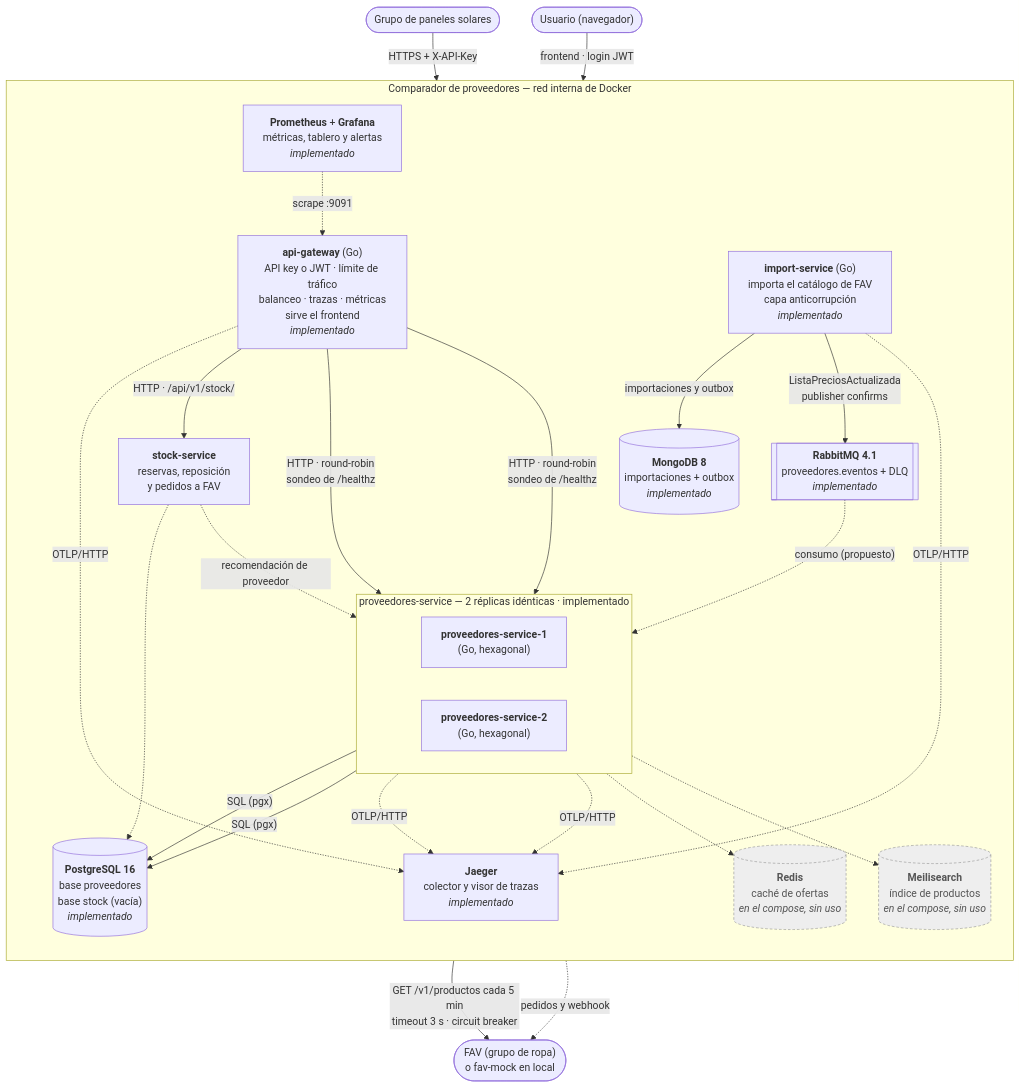
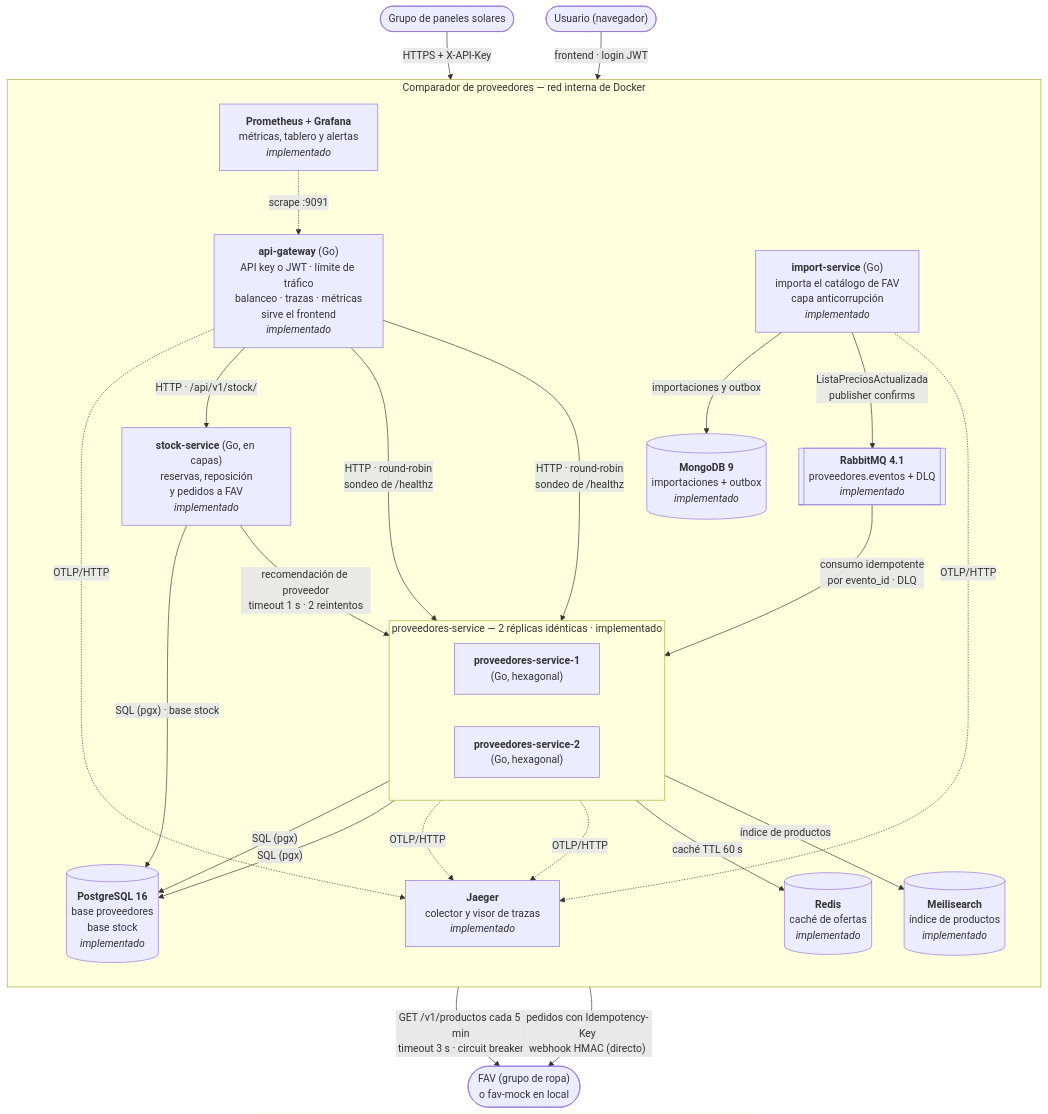
The second of 3 diagrams in docs/ARCHITECTURE.md (matiasdemetriorufeil/arq-soft-proveedores), drawn with Mermaid before and after one commit. The commit also changed other lines of this file and 35 other files, not shown here.

````diff
--- a/docs/ARCHITECTURE.md
+++ b/docs/ARCHITECTURE.md
@@ -62,58 +67,56 @@
 ```mermaid
 flowchart TB
     paneles(["Grupo de paneles solares"])
     usuario(["Usuario (navegador)"])
     ropa(["FAV (grupo de ropa)<br/>o fav-mock en local"])
 
     subgraph sistema["Comparador de proveedores — red interna de Docker"]
         direction TB
         gw["<b>api-gateway</b> (Go)<br/>API key o JWT · límite de tráfico<br/>balanceo · trazas · métricas<br/>sirve el frontend<br/><i>implementado</i>"]
         prom["<b>Prometheus</b> + <b>Grafana</b><br/>métricas, tablero y alertas<br/><i>implementado</i>"]
 
         subgraph proveedores["proveedores-service — 2 réplicas idénticas · implementado"]
             direction LR
             p1["<b>proveedores-service-1</b><br/>(Go, hexagonal)"]
             p2["<b>proveedores-service-2</b><br/>(Go, hexagonal)"]
         end
 
-        pg[("<b>PostgreSQL 16</b><br/>base proveedores<br/>base stock (vacía)<br/><i>implementado</i>")]
+        pg[("<b>PostgreSQL 16</b><br/>base proveedores<br/>base stock<br/><i>implementado</i>")]
         jaeger["<b>Jaeger</b><br/>colector y visor de trazas<br/><i>implementado</i>"]
 
         imp["<b>import-service</b> (Go)<br/>importa el catálogo de FAV<br/>capa anticorrupción<br/><i>implementado</i>"]
-        mongo[("<b>MongoDB 8</b><br/>importaciones + outbox<br/><i>implementado</i>")]
+        mongo[("<b>MongoDB 9</b><br/>importaciones + outbox<br/><i>implementado</i>")]
         rabbit[["<b>RabbitMQ 4.1</b><br/>proveedores.eventos + DLQ<br/><i>implementado</i>"]]
 
-        stock["<b>stock-service</b><br/>reservas, reposición<br/>y pedidos a FAV"]
-        redis[("<b>Redis</b><br/>caché de ofertas<br/><i>en el compose, sin uso</i>")]
-        meili[("<b>Meilisearch</b><br/>índice de productos<br/><i>en el compose, sin uso</i>")]
+        stock["<b>stock-service</b> (Go, en capas)<br/>reservas, reposición<br/>y pedidos a FAV<br/><i>implementado</i>"]
+        redis[("<b>Redis</b><br/>caché de ofertas<br/><i>implementado</i>")]
+        meili[("<b>Meilisearch</b><br/>índice de productos<br/><i>implementado</i>")]
     end
 
     paneles -- "HTTPS + X-API-Key" --> gw
     usuario -- "frontend · login JWT" --> gw
 
     gw -- "HTTP · round-robin<br/>sondeo de /healthz" --> p1
     gw -- "HTTP · round-robin<br/>sondeo de /healthz" --> p2
     p1 -- "SQL (pgx)" --> pg
     p2 -- "SQL (pgx)" --> pg
 
     imp -- "GET /v1/productos cada 5 min<br/>timeout 3 s · circuit breaker" --> ropa
     imp -- "importaciones y outbox" --> mongo
     imp -- "ListaPreciosActualizada<br/>publisher confirms" --> rabbit
-    rabbit -. "consumo (propuesto)" .-> p1
+    rabbit -- "consumo idempotente<br/>por evento_id · DLQ" --> p1
 
     gw -. "OTLP/HTTP" .-> jaeger
     p1 -. "OTLP/HTTP" .-> jaeger
     p2 -. "OTLP/HTTP" .-> jaeger
     imp -. "OTLP/HTTP" .-> jaeger
 
     gw -- "HTTP · /api/v1/stock/" --> stock
     prom -. "scrape :9091" .-> gw
-    stock -. "recomendación de proveedor" .-> p1
-    stock -. "pedidos y webhook" .-> ropa
-    stock -.-> pg
-    p1 -.-> redis
-    p1 -.-> meili
+    stock -- "recomendación de proveedor<br/>timeout 1 s · 2 reintentos" --> p1
+    stock -- "pedidos con Idempotency-Key<br/>webhook HMAC (directo)" --> ropa
+    stock -- "SQL (pgx) · base stock" --> pg
+    p1 -- "caché TTL 60 s" --> redis
+    p1 -- "índice de productos" --> meili
 
-    classDef propuesto fill:#eeeeee,stroke:#999999,stroke-dasharray: 4 3,color:#555555
-    class redis,meili propuesto
 ```
````
